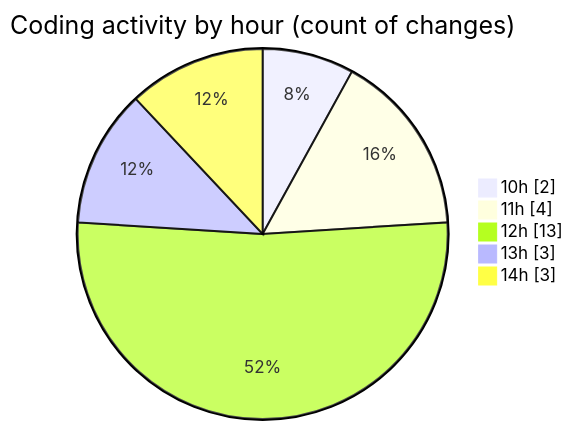
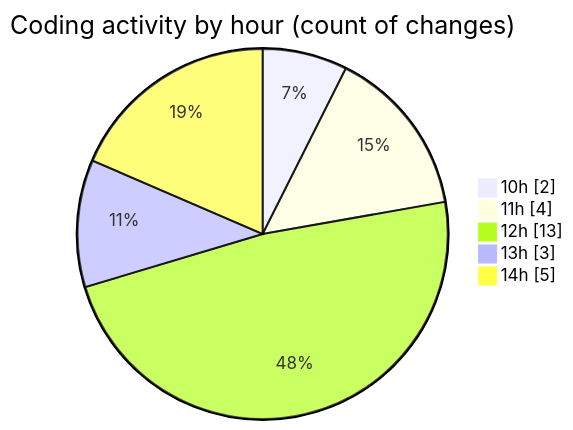
Before and after one commit to nxtqubesakshisongat/code-tracking: the second of 2 diagrams in 2025-11-06/nxtqube_webapp/README.md, drawn with Mermaid. The commit also changed other lines of this file and 1 other file, not shown here.

````diff
--- a/2025-11-06/nxtqube_webapp/README.md
+++ b/2025-11-06/nxtqube_webapp/README.md
@@ -34,9 +34,9 @@
 ```mermaid
 pie showData
 title Coding activity by hour (count of changes)
 "10h" : 2
 "11h" : 4
 "12h" : 13
 "13h" : 3
-"14h" : 3
+"14h" : 5
 ```
````
